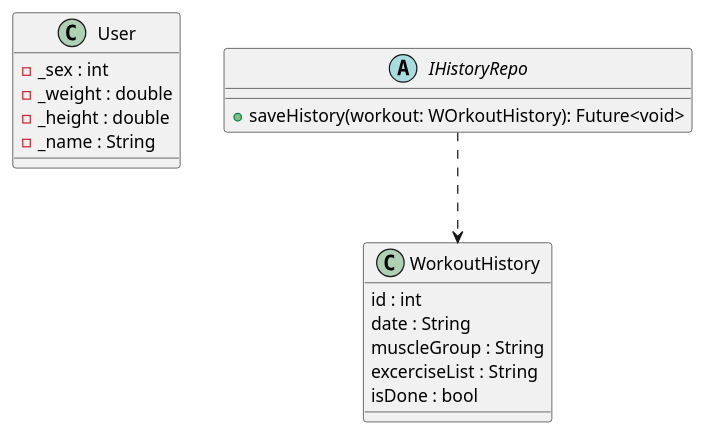
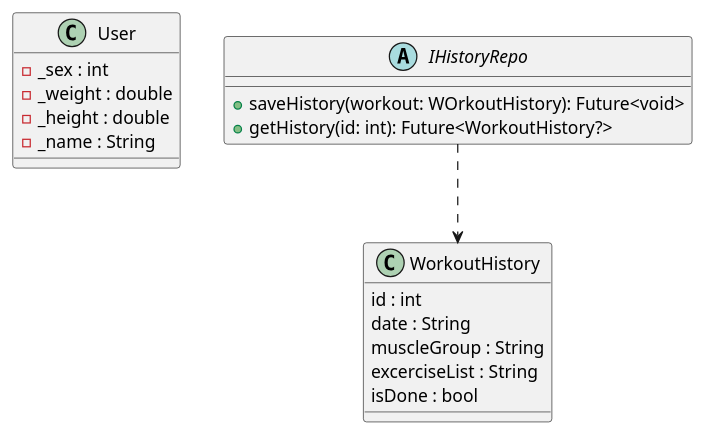
Before and after one commit to KATTSS/Workout_planner: the diagram in user_workout.puml, drawn with PlantUML. The commit also changed 5 other files, not shown here.

```diff
--- a/user_workout.puml
+++ b/user_workout.puml
@@ -1,24 +1,25 @@
 @startuml UserWorkout
 
 class User {
     - _sex : int 
     - _weight : double 
     - _height : double 
     - _name : String 
 }
 
 class WorkoutHistory {
     id : int
     date : String 
     muscleGroup : String
     excerciseList : String
     isDone : bool 
 }
 
 abstract class IHistoryRepo {
     + saveHistory(workout: WOrkoutHistory): Future<void>
+    + getHistory(id: int): Future<WorkoutHistory?>
 }
 
 IHistoryRepo ..> WorkoutHistory
 
 @enduml
```
